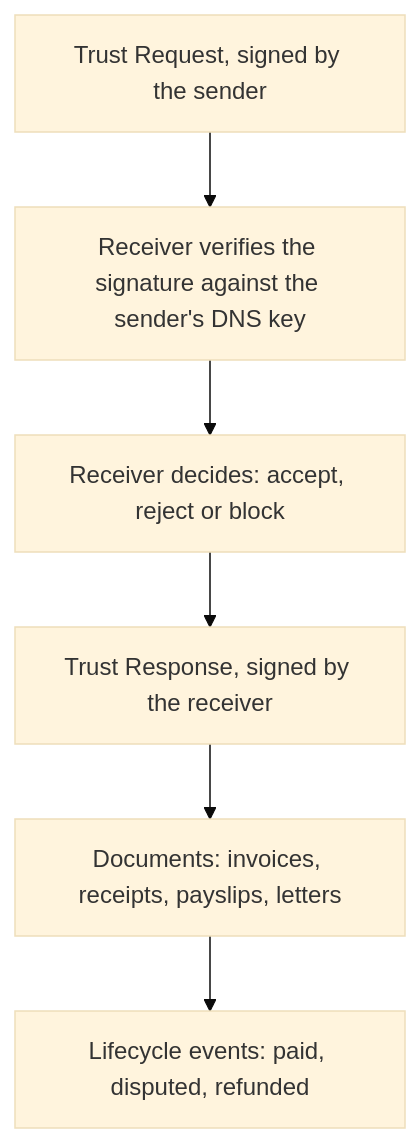
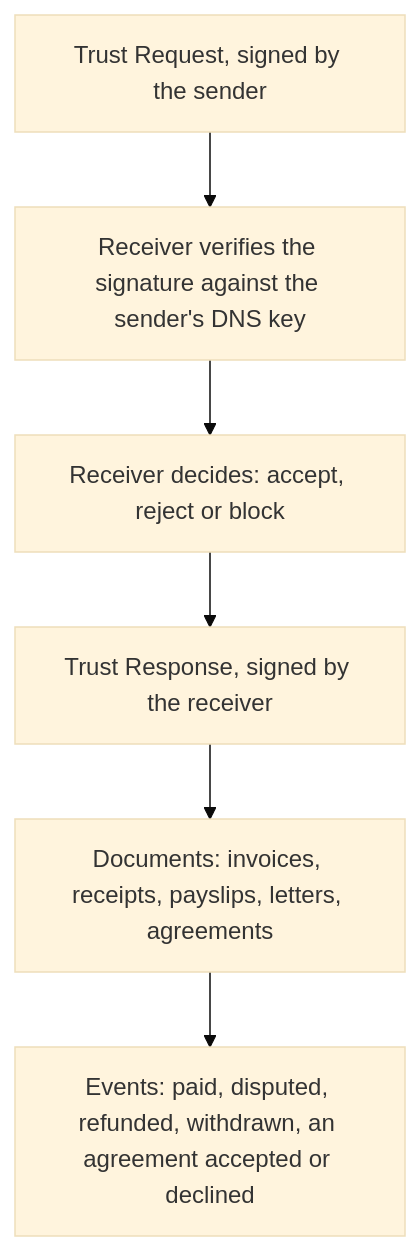
Before and after one commit to openbtps/btps-node: the second of 2 diagrams in docs/docusaurus/docs/introduction.md, drawn with Mermaid (base theme). The commit also changed other lines of this file and 26 other files, not shown here.

````diff
--- a/docs/docusaurus/docs/introduction.md
+++ b/docs/docusaurus/docs/introduction.md
@@ -183,8 +183,8 @@
 ```mermaid
 graph TD
     A[Trust Request, signed by the sender] --> B[Receiver verifies the signature against the sender's DNS key]
     B --> C[Receiver decides: accept, reject or block]
     C --> D[Trust Response, signed by the receiver]
-    D --> E[Documents: invoices, receipts, payslips, letters]
-    E --> F[Lifecycle events: paid, disputed, refunded]
+    D --> E[Documents: invoices, receipts, payslips, letters, agreements]
+    E --> F[Events: paid, disputed, refunded, withdrawn, an agreement accepted or declined]
 ```
````
